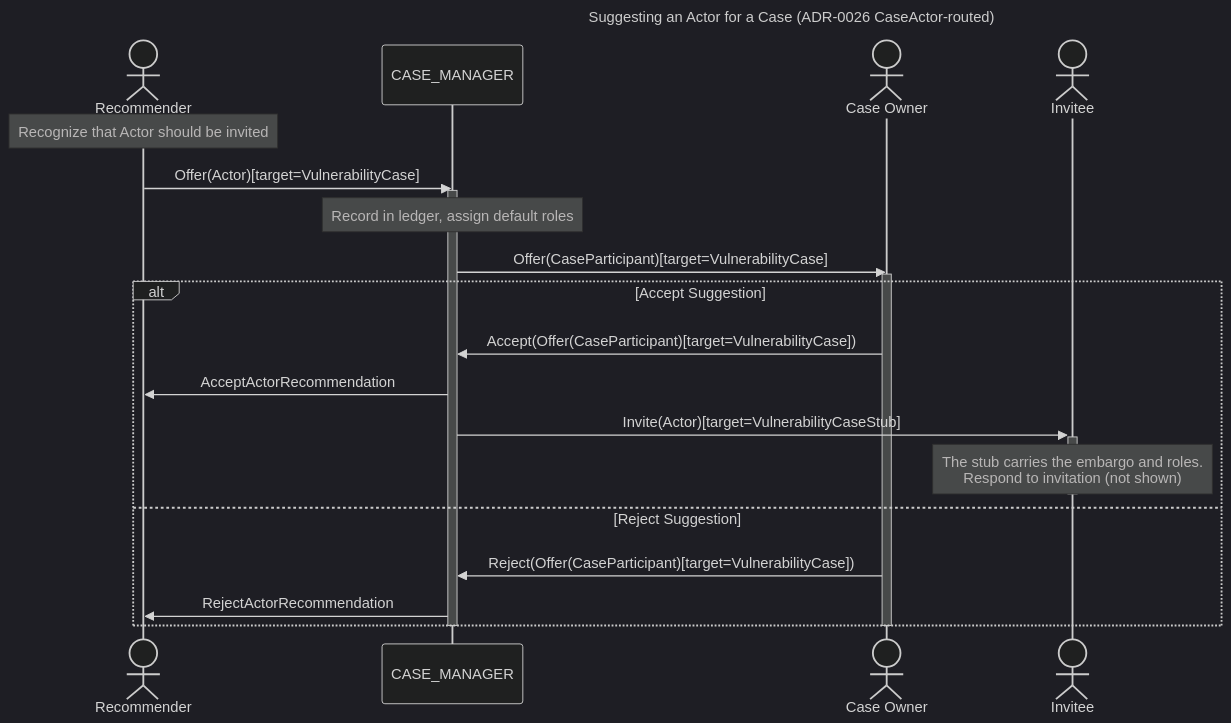
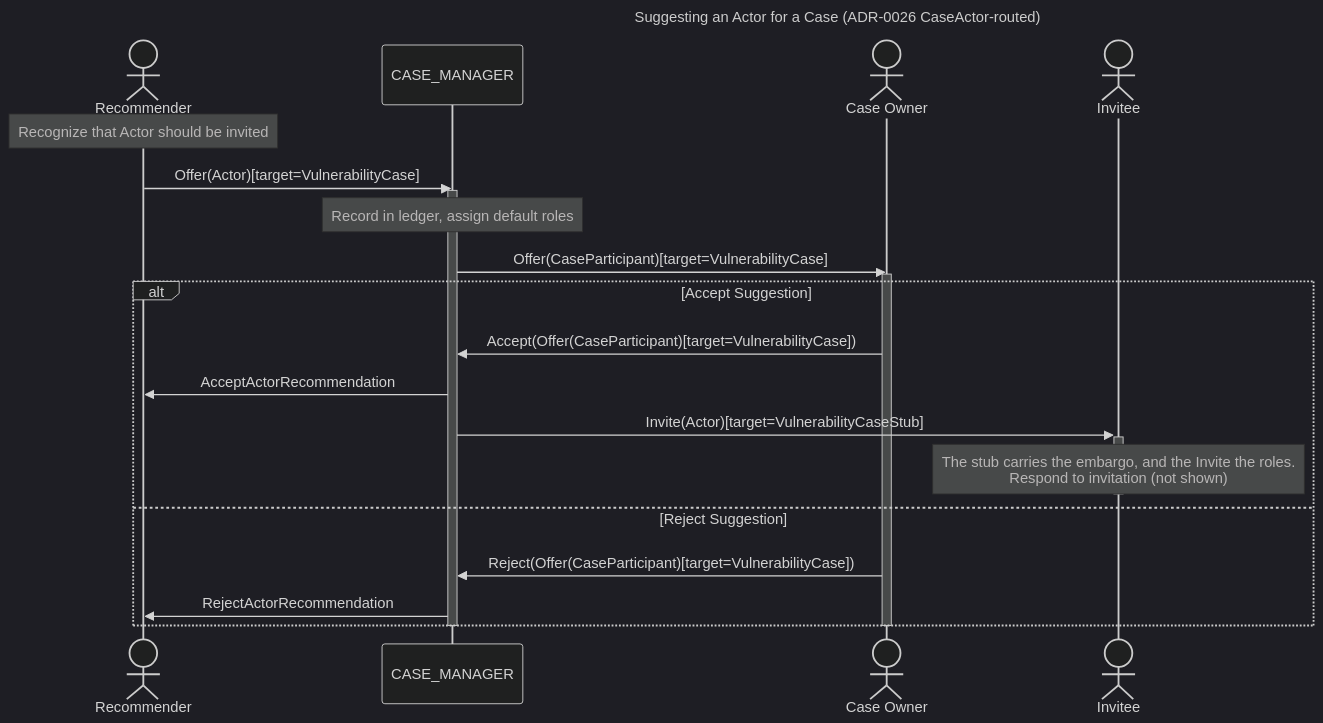
Before and after one commit to CERTCC/Vultron: the diagram in docs/howto/activitypub/activities/suggest_actor.md, drawn with Mermaid (dark theme). The commit also changed 2 other files, not shown here.

Commit message:
docs: say the stub Invite carries the roles, not its stub (#5622)
The stub carries only the case reference, summary and active embargo;
rm_invite_to_case_activity puts the intended roles on the Invite itself.

````diff
--- a/docs/howto/activitypub/activities/suggest_actor.md
+++ b/docs/howto/activitypub/activities/suggest_actor.md
@@ -35,28 +35,28 @@
 ```mermaid
 ---
 title: Suggesting an Actor for a Case (ADR-0026 CaseActor-routed)
 ---
 sequenceDiagram
     actor A as Recommender
     participant CA as CASE_MANAGER
     actor B as Case Owner
     actor D as Invitee
     Note over A: Recognize that Actor should be invited
     A ->> CA: Offer(Actor)[target=VulnerabilityCase]
     activate CA
     Note over CA: Record in ledger, assign default roles
     CA ->> B: Offer(CaseParticipant)[target=VulnerabilityCase]
     activate B
     alt Accept Suggestion
         B ->> CA: Accept(Offer(CaseParticipant)[target=VulnerabilityCase])
         CA ->> A: AcceptActorRecommendation
         CA ->>+ D: Invite(Actor)[target=VulnerabilityCaseStub]
-        note over D: The stub carries the embargo and roles.<br/>Respond to invitation (not shown)
+        note over D: The stub carries the embargo, and the Invite the roles.<br/>Respond to invitation (not shown)
         deactivate D
     else Reject Suggestion
         B ->> CA: Reject(Offer(CaseParticipant)[target=VulnerabilityCase])
         CA ->> A: RejectActorRecommendation
     end
     deactivate B
     deactivate CA
 ```
````
